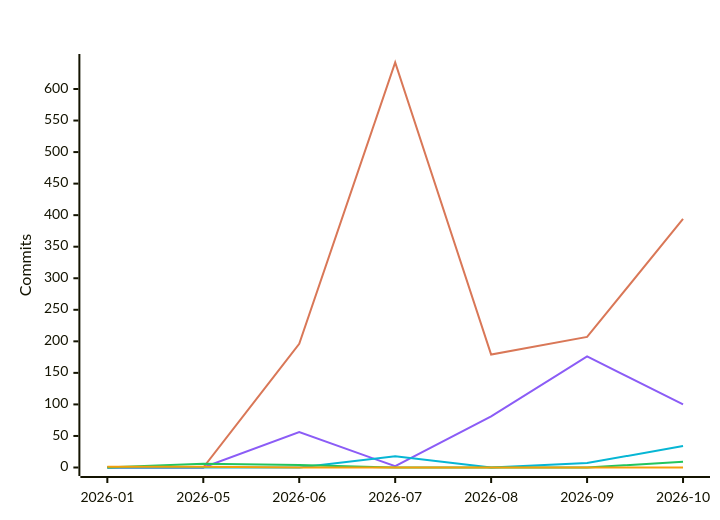
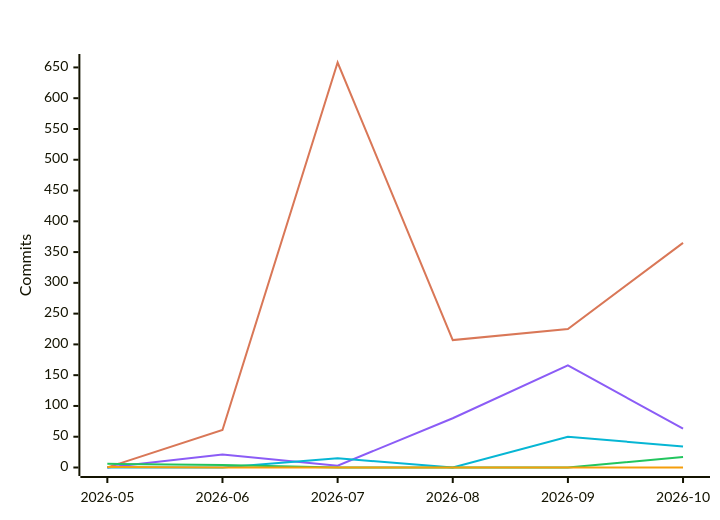
Before and after one commit to polo-nyan/polo-nyan: the fifth of 7 diagrams in README.md, drawn with Mermaid. The commit also changed other lines of this file and 1 other file, not shown here.

````diff
--- a/README.md
+++ b/README.md
@@ -313,12 +313,12 @@
 ```mermaid
 %%{init: {"xyChart": {"titleColor": "#ffffff", "xAxisLabelColor": "#ffffff", "yAxisLabelColor": "#ffffff"}, "themeVariables": {"xyChart": {"titleColor": "#ffffff", "plotColorPalette": "#d97757, #8b5cf6, #06b6d4, #22c55e, #f59e0b, #ec4899"}}}}%%
 xychart-beta
     title "Commits Per Month by Model Family"
-    x-axis ["2026-01", "2026-05", "2026-06", "2026-07", "2026-08", "2026-09", "2026-10"]
+    x-axis ["2026-05", "2026-06", "2026-07", "2026-08", "2026-09", "2026-10"]
     y-axis "Commits"
-    line [0, 0, 196, 642, 179, 207, 394]
-    line [0, 0, 56, 2, 81, 176, 100]
-    line [0, 0, 0, 18, 0, 7, 34]
-    line [0, 6, 4, 0, 0, 0, 9]
-    line [1, 1, 0, 0, 0, 0, 0]
+    line [0, 61, 658, 207, 225, 365]
+    line [0, 21, 3, 80, 166, 63]
+    line [0, 0, 15, 0, 50, 34]
+    line [6, 4, 0, 0, 0, 17]
+    line [1, 0, 0, 0, 0, 0]
 ```
````
